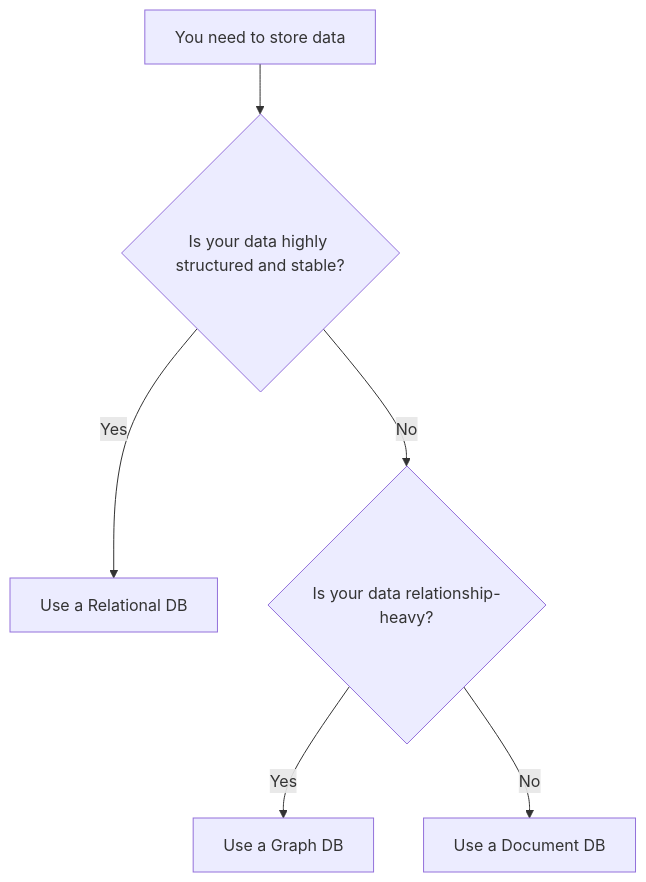
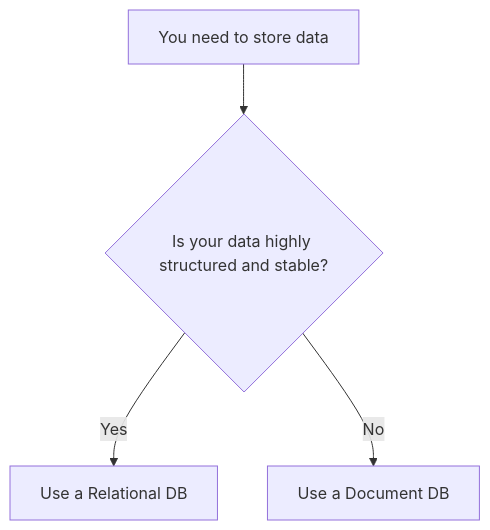
Before and after one commit to icdocsoc/ichack-hackpacks: the diagram in databases/README.md, drawn with Mermaid. The commit also changed other lines of this file, not shown here.

Commit message:
remove graph databases from base HackPack

````diff
--- a/databases/README.md
+++ b/databases/README.md
@@ -13,12 +12,8 @@
 ```mermaid
 flowchart TD
     A[You need to store data] --> B{Is your data highly structured and stable?}
 
 
     B -->|Yes| C[Use a Relational DB]
-    B -->|No| D{Is your data relationship-heavy?}
-
-
-    D -->|Yes| E[Use a Graph DB]
-    D -->|No| F[Use a Document DB]
+    B -->|No| D[Use a Document DB]
 ```
````
